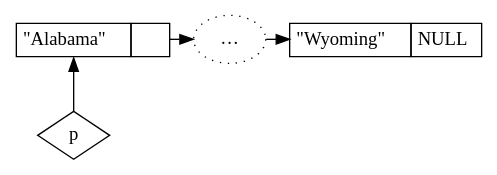
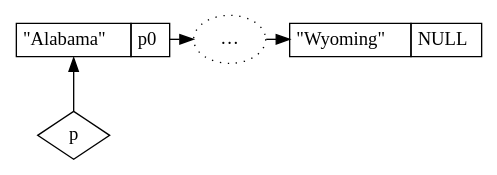
One commit to ronan-d/separation-logic-presentation changed the diagram in list.dot. Above: the diagram before and after it, drawn with Graphviz. The commit also changed 1 other file, not shown here.

```diff
--- a/list.dot
+++ b/list.dot
@@ -1,35 +1,34 @@
 digraph List {
     rankdir = BT;
 
     p [shape = diamond, label = p]
 
     subgraph cells {
         rank=same;
 
-        c1 [shape=plain, margin=0, label = <
+        c1 [shape = plain, margin = 0, label = <
             <TABLE BORDER="0" CELLBORDER="1" CELLSPACING="0" CELLPADDING="4">
                 <TR>
                     <TD PORT="elem">"Alabama"</TD>
-                    <TD>    </TD>
+                    <TD>p0</TD>
                 </TR>
             </TABLE>
         >]
 
-        c2 [shape=ellipse, style = dotted, label = "…"]
+        c2 [shape = ellipse, style = dotted, label = "…"]
 
-        c3 [shape=plain, margin=0, label = <
+        c3 [shape = plain, margin = 0, label = <
             <TABLE BORDER="0" CELLBORDER="1" CELLSPACING="0" CELLPADDING="4">
                 <TR>
                     <TD>"Wyoming"</TD>
                     <TD>NULL</TD>
                 </TR>
             </TABLE>
         >]
 
         c1 -> c2;
         c2 -> c3;
     }
 
     p -> c1:elem:s;
-    // p -> c3;
 }
```
